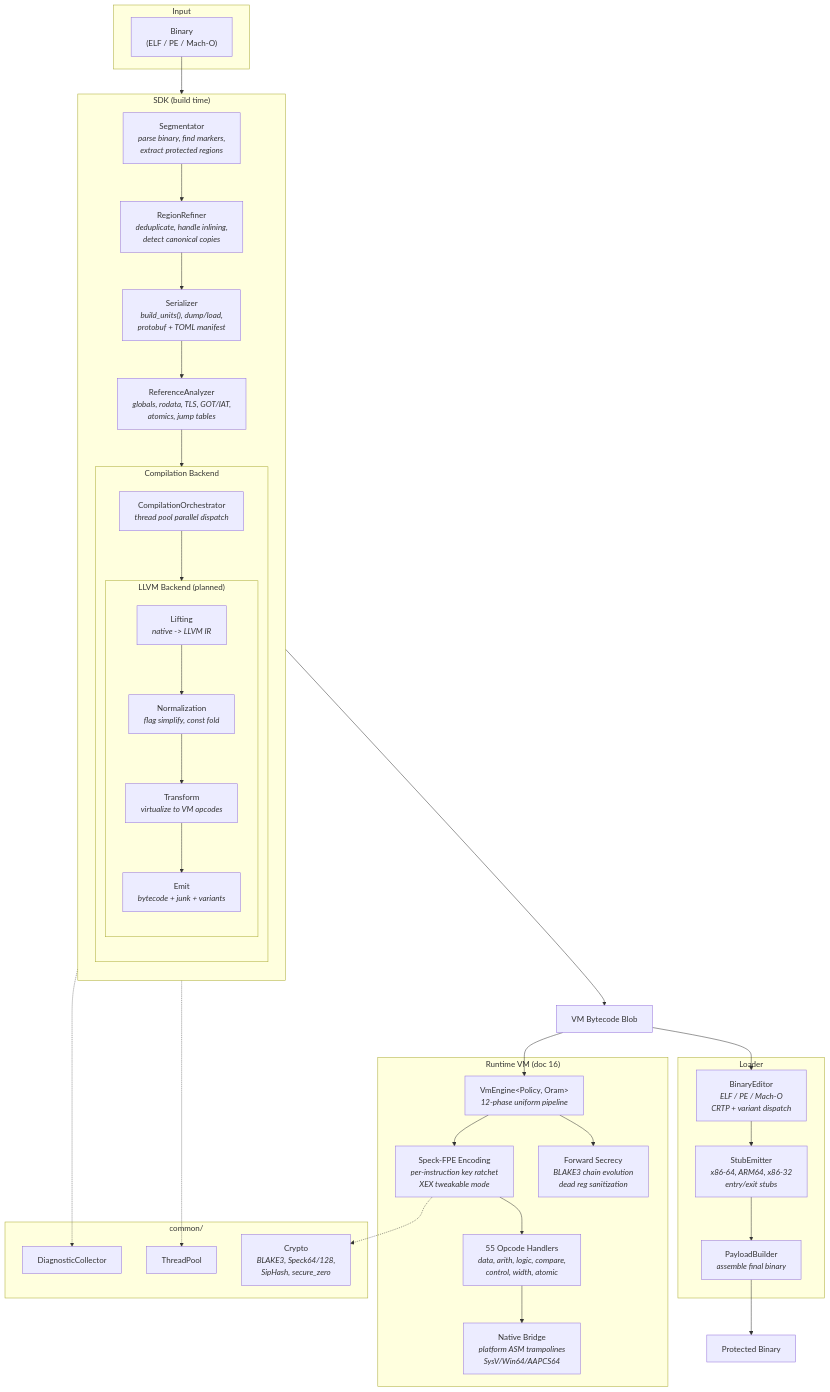
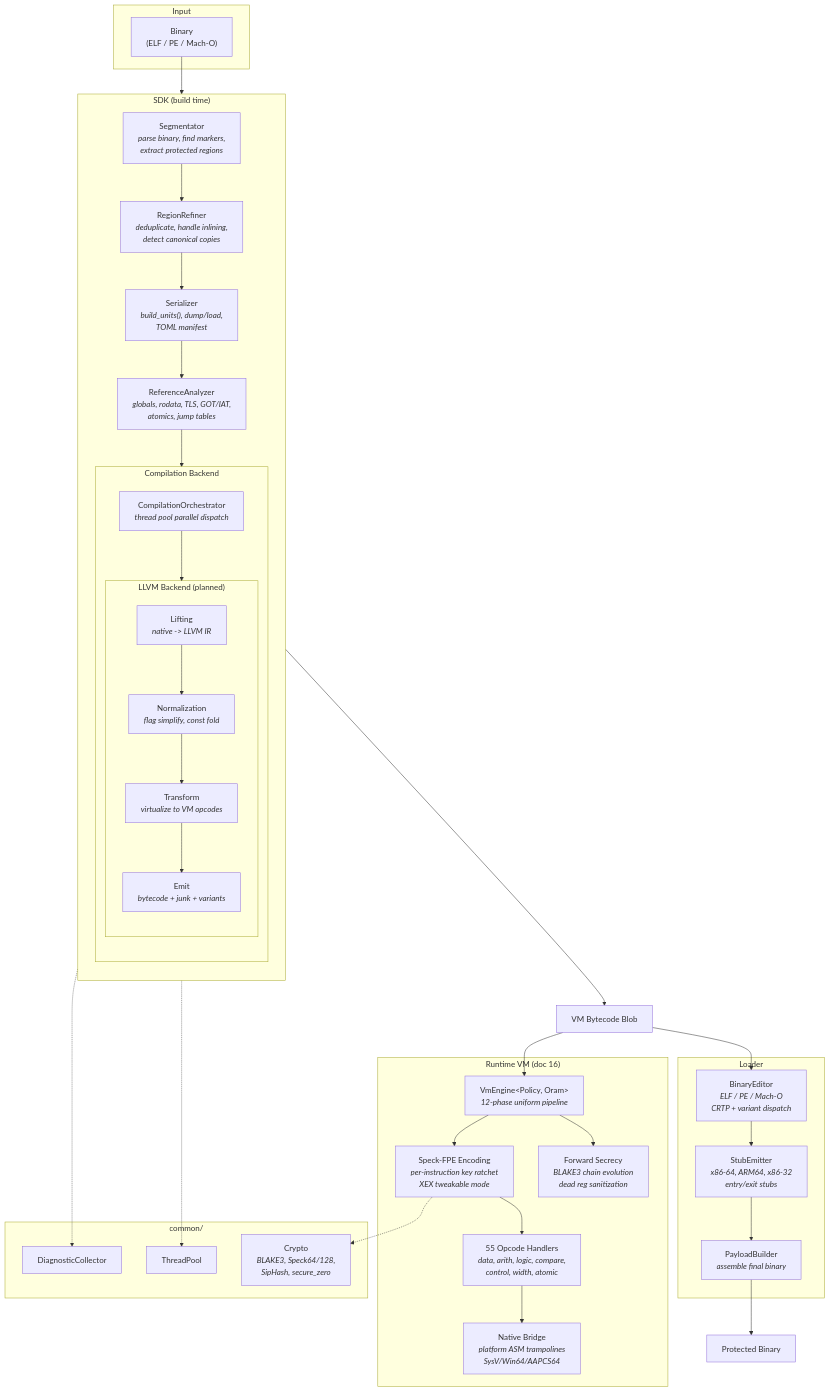
The diagram in README.md (scc-tw/VMPilot), drawn with Mermaid before and after one commit. The commit also changed other lines of this file and 11 other files, not shown here.

````diff
--- a/README.md
+++ b/README.md
@@ -405,62 +404,62 @@
 ```mermaid
 flowchart TB
     subgraph Input
         BIN["Binary<br/>(ELF / PE / Mach-O)"]
     end
 
     subgraph SDK["SDK (build time)"]
         direction TB
         SEG["Segmentator<br/><i>parse binary, find markers,<br/>extract protected regions</i>"]
         REF["RegionRefiner<br/><i>deduplicate, handle inlining,<br/>detect canonical copies</i>"]
-        SER["Serializer<br/><i>build_units(), dump/load,<br/>protobuf + TOML manifest</i>"]
+        SER["Serializer<br/><i>build_units(), dump/load,<br/>TOML manifest</i>"]
         REFA["ReferenceAnalyzer<br/><i>globals, rodata, TLS, GOT/IAT,<br/>atomics, jump tables</i>"]
 
         subgraph Compiler["Compilation Backend"]
             direction TB
             ORCH["CompilationOrchestrator<br/><i>thread pool parallel dispatch</i>"]
             subgraph Future["LLVM Backend (planned)"]
                 LIFT["Lifting<br/><i>native -> LLVM IR</i>"]
                 NORM["Normalization<br/><i>flag simplify, const fold</i>"]
                 XFORM["Transform<br/><i>virtualize to VM opcodes</i>"]
                 XEMIT["Emit<br/><i>bytecode + junk + variants</i>"]
                 LIFT --> NORM --> XFORM --> XEMIT
             end
             ORCH --> Future
         end
 
         SEG --> REF --> SER --> REFA --> ORCH
     end
 
     subgraph Loader["Loader"]
         EDIT["BinaryEditor<br/><i>ELF / PE / Mach-O<br/>CRTP + variant dispatch</i>"]
         STUB["StubEmitter<br/><i>x86-64, ARM64, x86-32<br/>entry/exit stubs</i>"]
         PAY["PayloadBuilder<br/><i>assemble final binary</i>"]
         EDIT --> STUB --> PAY
     end
 
     subgraph Runtime["Runtime VM (doc 16)"]
         ENG["VmEngine&lt;Policy, Oram&gt;<br/><i>12-phase uniform pipeline</i>"]
         FPE["Speck-FPE Encoding<br/><i>per-instruction key ratchet<br/>XEX tweakable mode</i>"]
         HAND["55 Opcode Handlers<br/><i>data, arith, logic, compare,<br/>control, width, atomic</i>"]
         BRIDGE["Native Bridge<br/><i>platform ASM trampolines<br/>SysV/Win64/AAPCS64</i>"]
         CHAIN["Forward Secrecy<br/><i>BLAKE3 chain evolution<br/>dead reg sanitization</i>"]
         ENG --> FPE --> HAND --> BRIDGE
         ENG --> CHAIN
     end
 
     BIN --> SEG
     XEMIT --> BLOB["VM Bytecode Blob"]
     BLOB --> EDIT
     PAY --> FINAL["Protected Binary"]
     BLOB --> ENG
 
     subgraph Common["common/"]
         DIAG["DiagnosticCollector"]
         POOL["ThreadPool"]
         CRYPTO["Crypto<br/><i>BLAKE3, Speck64/128,<br/>SipHash, secure_zero</i>"]
     end
 
     ORCH -.-> POOL
     SEG -.-> DIAG
     FPE -.-> CRYPTO
 ```
````
